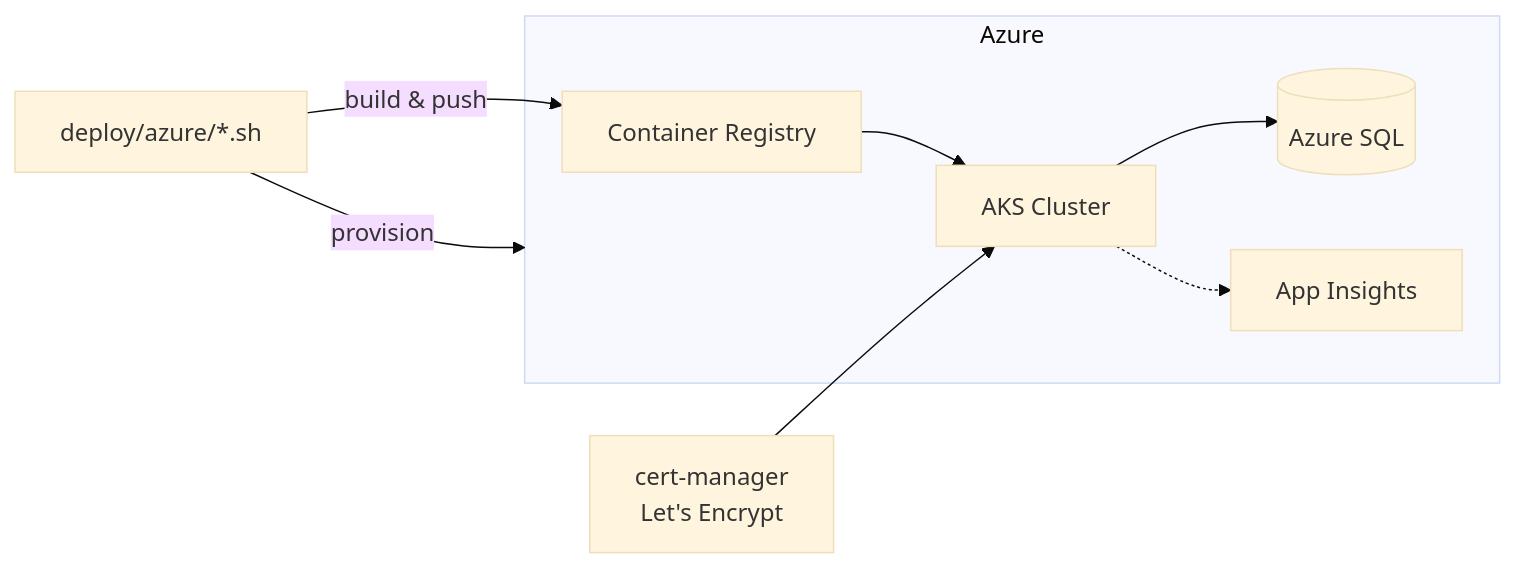
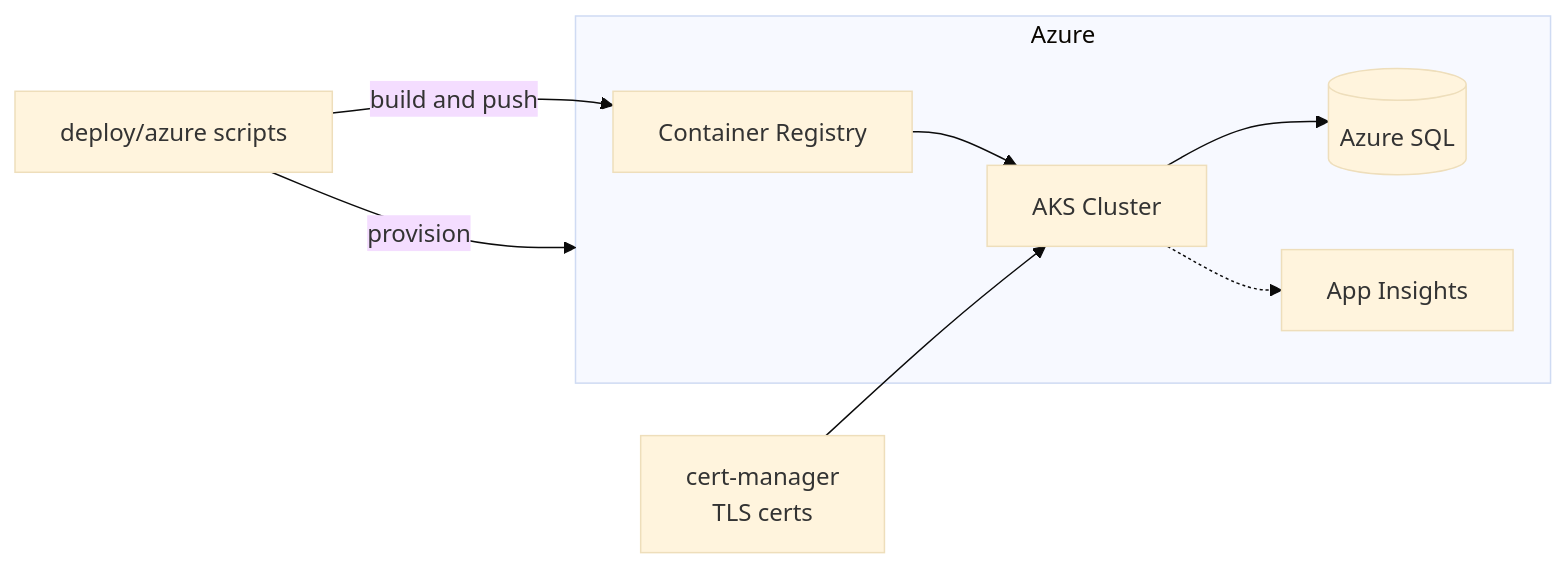
Before and after one commit to Iswariyabalasubramani24/carelink-clinician-portal: the fourth of 4 diagrams in README.md, drawn with Mermaid (base theme). The commit also changed other lines of this file, not shown here.

First line of the commit message:
docs: fix Mermaid diagrams failing to render on GitHub

````diff
--- a/README.md
+++ b/README.md
@@ -213,15 +213,15 @@
 ```mermaid
 flowchart LR
-    subgraph azure [Azure]
-      ACR[Container Registry]
-      AKS[AKS Cluster]
-      SQL[(Azure SQL)]
-      AI[App Insights]
+    subgraph azure["Azure"]
+      ACR["Container Registry"]
+      AKS["AKS Cluster"]
+      SQL[("Azure SQL")]
+      AI["App Insights"]
     end
-    DEV[deploy/azure/*.sh] -->|provision| azure
-    DEV -->|build & push| ACR
+    DEV["deploy/azure scripts"] -->|provision| azure
+    DEV -->|build and push| ACR
     ACR --> AKS
     AKS --> SQL
     AKS -.-> AI
-    CERT[cert-manager<br/>Let's Encrypt] --> AKS
+    CERT["cert-manager<br/>TLS certs"] --> AKS
 ```
````
